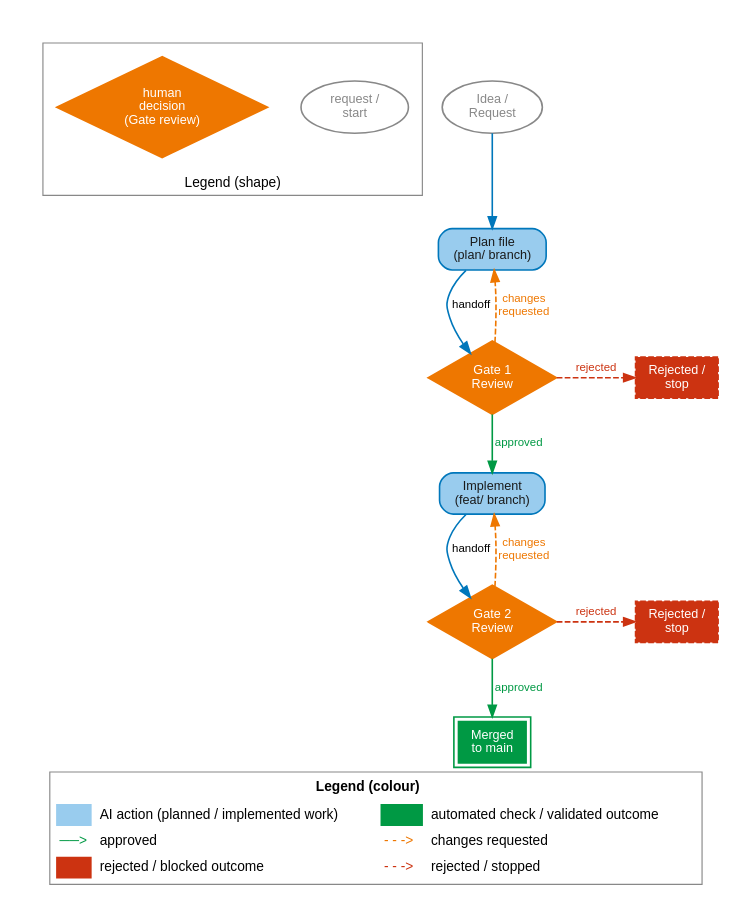
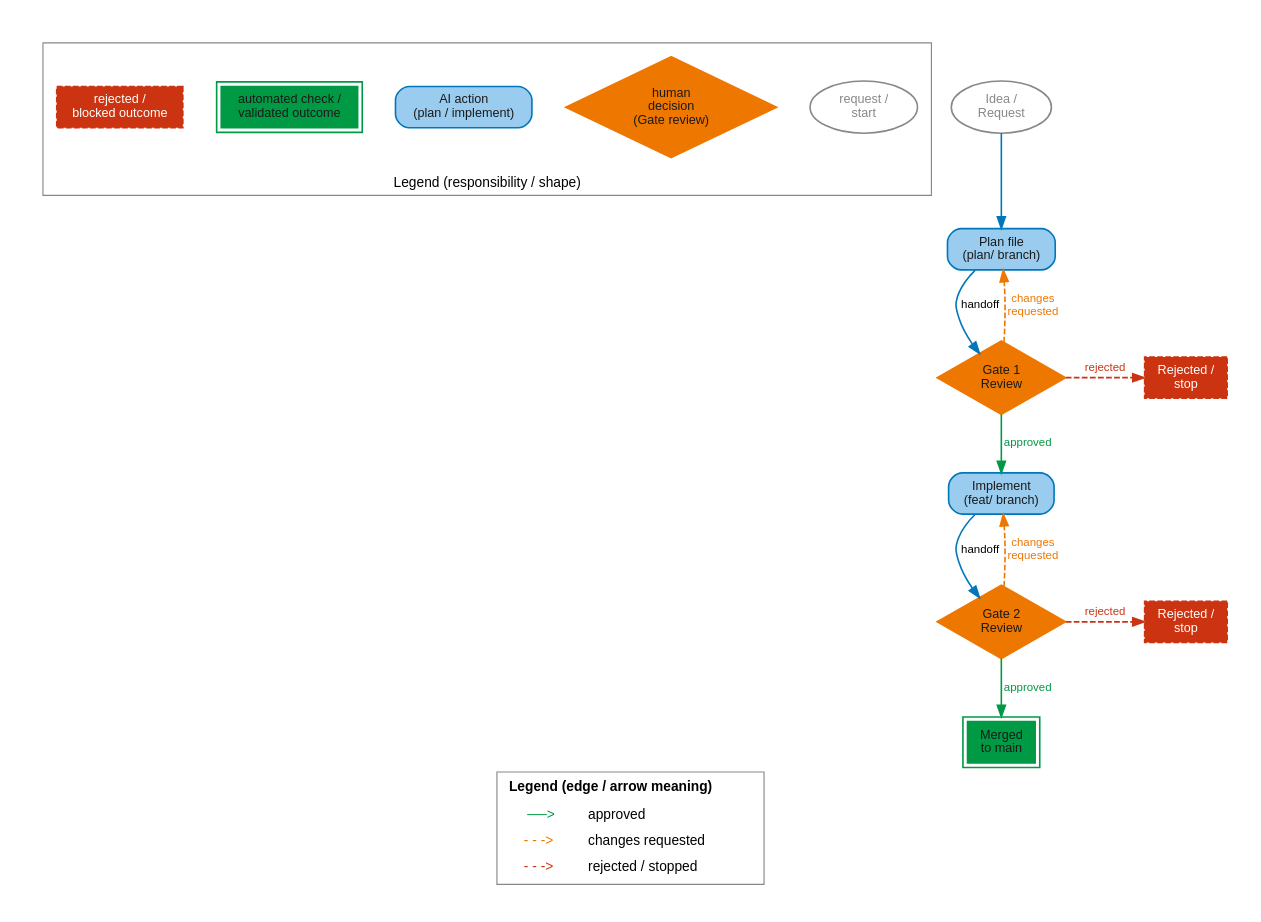
Before and after one commit to janipaijanen/agf-mirror: the diagram in agf/docs/figures/src/gate-pipeline.dot, drawn with Graphviz. The commit also changed 5 other files, not shown here.

```diff
--- a/agf/docs/figures/src/gate-pipeline.dot
+++ b/agf/docs/figures/src/gate-pipeline.dot
@@ -1,88 +1,98 @@
 // SPDX-License-Identifier: CC-BY-SA-4.0
 // agents-govern: Gate 1 / Gate 2 pipeline
 // Generate: dot -Tsvg gate-pipeline.dot -o ../gate-pipeline.svg
 //
 // Semantic responsibility palette: agf/docs/site/reference/palette.md
 // ("Semantic responsibility palette" section). Fill colour encodes who is
 // responsible for a node (Human decision / AI action / Automated
 // check-validated outcome); shape is a second, colour-independent signal
 // for the same category. `red-mid` is the separate rejected/blocked
-// outcome accent, not a sixth responsibility category. The shape-key
-// below renders real shapes as swatches -- never described in words
-// (the prior "(oval shape)"/"(diamond shape)" legend text is the defect
-// this revision fixes).
+// outcome accent, not a sixth responsibility category. The shape key
+// below renders the actual node treatments used in this figure as
+// swatches -- never described in words, and never approximated with a
+// plain rectangle when the real node is rounded or double-bordered (the
+// prior "(oval shape)"/"(diamond shape)" legend text, and the later flat
+// colour-only legend rectangles, were both defects this revision fixes).
 digraph gate_pipeline {
     graph [rankdir=TB, splines=spline, pad=0.3, nodesep=0.4, ranksep=0.55,
            bgcolor=white, fontname="Helvetica", fontsize=12, labelloc=b, label=<
         <TABLE BORDER="1" CELLBORDER="0" CELLSPACING="4" CELLPADDING="3" COLOR="#888888" BGCOLOR="white">
-            <TR><TD COLSPAN="4"><B>Legend (colour)</B></TD></TR>
+            <TR><TD COLSPAN="2"><B>Legend (edge / arrow meaning)</B></TD></TR>
             <TR>
-                <TD BGCOLOR="#99CCEE" WIDTH="24"></TD><TD ALIGN="LEFT">AI action (planned / implemented work)</TD>
-                <TD BGCOLOR="#009944" WIDTH="24"></TD><TD ALIGN="LEFT">automated check / validated outcome</TD>
+                <TD><FONT COLOR="#009944">──&gt;</FONT></TD><TD ALIGN="LEFT">approved</TD>
             </TR>
             <TR>
-                <TD><FONT COLOR="#009944">──&gt;</FONT></TD><TD ALIGN="LEFT">approved</TD>
                 <TD><FONT COLOR="#EE7700">- - -&gt;</FONT></TD><TD ALIGN="LEFT">changes requested</TD>
             </TR>
             <TR>
-                <TD BGCOLOR="#CC3311" WIDTH="24"></TD><TD ALIGN="LEFT">rejected / blocked outcome</TD>
                 <TD><FONT COLOR="#CC3311">- - -&gt;</FONT></TD><TD ALIGN="LEFT">rejected / stopped</TD>
             </TR>
         </TABLE>
     >]
     node  [fontname="Helvetica", fontsize=11, style=filled, shape=box,
            fillcolor="#99CCEE", color="#0077BB", penwidth=1.4]
     edge  [fontname="Helvetica", fontsize=10, color="#0077BB", penwidth=1.4]
 
     // Shape key: real shapes, self-labeled (same convention as the
-    // pipeline nodes below), not described in words. Not part of the
-    // pipeline flow -- no edges connect it to the pipeline nodes below.
+    // pipeline nodes below), matching every node treatment actually used
+    // in the pipeline below -- not a separate flat-colour legend that
+    // could drift from the real shapes. Not part of the pipeline flow --
+    // no edges connect it to the pipeline nodes below.
     subgraph cluster_shapekey {
-        label = "Legend (shape)"
+        label = "Legend (responsibility / shape)"
         fontname = "Helvetica"
         fontsize = 12
         color = "#888888"
         margin = 12
         rank = same
 
-        sk_oval    [label="request /\nstart", shape=ellipse, fillcolor=white,
-                    color="#888888", fontcolor="#888888"]
-        sk_diamond [label="human\ndecision\n(Gate review)", shape=diamond,
-                    fillcolor="#EE7700", color="#EE7700", fontcolor=white]
+        sk_oval      [label="request /\nstart", shape=ellipse, fillcolor=white,
+                      color="#888888", fontcolor="#888888"]
+        sk_diamond   [label="human\ndecision\n(Gate review)", shape=diamond,
+                      fillcolor="#EE7700", color="#EE7700", fontcolor="#1A1A1A"]
+        sk_ai        [label="AI action\n(plan / implement)",
+                      style="filled,rounded", fillcolor="#99CCEE",
+                      color="#0077BB", fontcolor="#1A1A1A"]
+        sk_automated [label="automated check /\nvalidated outcome",
+                      style="filled,bold", peripheries=2, fillcolor="#009944",
+                      color="#009944", fontcolor="#1A1A1A"]
+        sk_rejected  [label="rejected /\nblocked outcome",
+                      style="filled,dashed", fillcolor="#CC3311",
+                      color="#CC3311", fontcolor=white]
     }
 
     // ── Pipeline ────────────────────────────────────────────────────────
     idea     [label="Idea /\nRequest", shape=ellipse, fillcolor=white,
               color="#888888", fontcolor="#888888"]
     plan     [label="Plan file\n(plan/ branch)", style="filled,rounded",
               fillcolor="#99CCEE", color="#0077BB", fontcolor="#1A1A1A"]
     gate1    [label="Gate 1\nReview", shape=diamond, fillcolor="#EE7700",
-              color="#EE7700", fontcolor=white]
+              color="#EE7700", fontcolor="#1A1A1A"]
     impl     [label="Implement\n(feat/ branch)", style="filled,rounded",
               fillcolor="#99CCEE", color="#0077BB", fontcolor="#1A1A1A"]
     gate2    [label="Gate 2\nReview", shape=diamond, fillcolor="#EE7700",
-              color="#EE7700", fontcolor=white]
+              color="#EE7700", fontcolor="#1A1A1A"]
     merged   [label="Merged\nto main", style="filled,bold", peripheries=2,
-              fillcolor="#009944", fontcolor=white, color="#009944"]
+              fillcolor="#009944", fontcolor="#1A1A1A", color="#009944"]
     rejected1 [label="Rejected /\nstop", fillcolor="#CC3311", fontcolor=white,
                color="#CC3311", style="filled,dashed"]
     rejected2 [label="Rejected /\nstop", fillcolor="#CC3311", fontcolor=white,
                color="#CC3311", style="filled,dashed"]
 
     idea  -> plan
     plan  -> gate1  [label="handoff"]
     gate1 -> impl   [label="approved", color="#009944", fontcolor="#009944"]
     gate1 -> plan   [label="changes\nrequested", style=dashed, color="#EE7700",
                      fontcolor="#EE7700"]
     gate1 -> rejected1 [label="rejected", style=dashed, color="#CC3311",
                         fontcolor="#CC3311", constraint=false]
     impl  -> gate2  [label="handoff"]
     gate2 -> merged [label="approved", color="#009944", fontcolor="#009944"]
     gate2 -> impl   [label="changes\nrequested", style=dashed, color="#EE7700",
                      fontcolor="#EE7700"]
     gate2 -> rejected2 [label="rejected", style=dashed, color="#CC3311",
                         fontcolor="#CC3311", constraint=false]
 
     { rank=same; gate1; rejected1 }
     { rank=same; gate2; rejected2 }
 }
```
